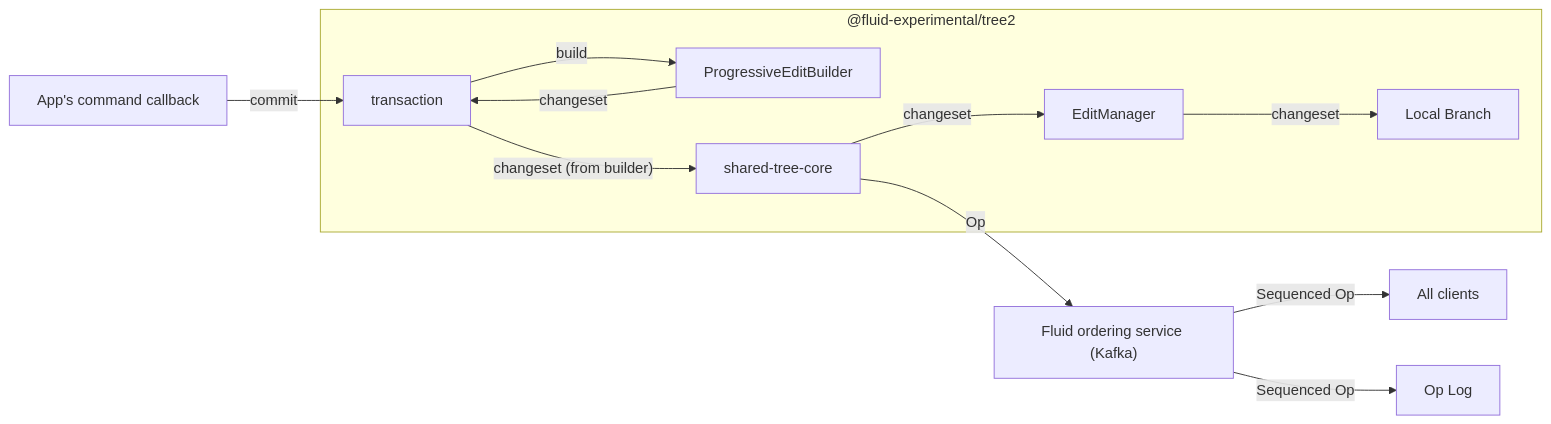
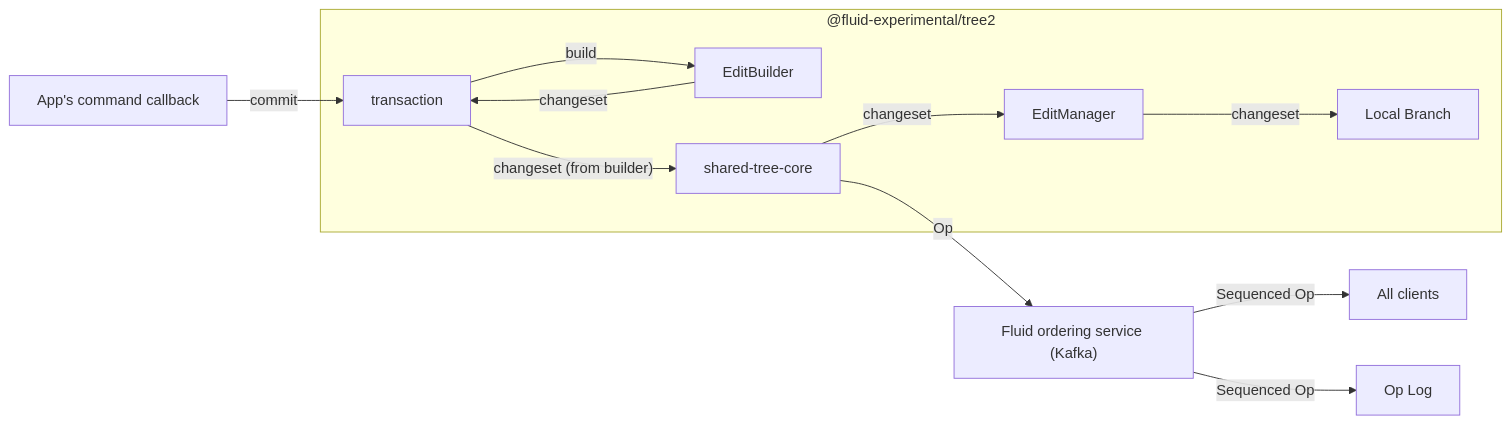
Before and after one commit to microsoft/FluidFramework: the fourth of 6 diagrams in experimental/dds/tree2/README.md, drawn with Mermaid. The commit also changed other lines of this file and 12 other files, not shown here.

Commit message:
Remove ProgressiveEditBuilder

````diff
--- a/experimental/dds/tree2/README.md
+++ b/experimental/dds/tree2/README.md
@@ -238,13 +238,13 @@
 ```mermaid
 flowchart LR
     command["App's command callback"]--"commit"-->transaction
     subgraph "@fluid-experimental/tree2"
-        transaction--"build"-->ProgressiveEditBuilder
-        ProgressiveEditBuilder--"changeset"-->transaction
+        transaction--"build"-->EditBuilder
+        EditBuilder--"changeset"-->transaction
         transaction--"changeset (from builder)"-->core["shared-tree-core"]
         core--"changeset"-->EditManager--"changeset"-->local["Local Branch"]
     end
     core--"Op"-->service["Fluid ordering service (Kafka)"]
     service--"Sequenced Op"-->clients["All clients"]
     service--"Sequenced Op"-->log["Op Log"]
 ```
````
